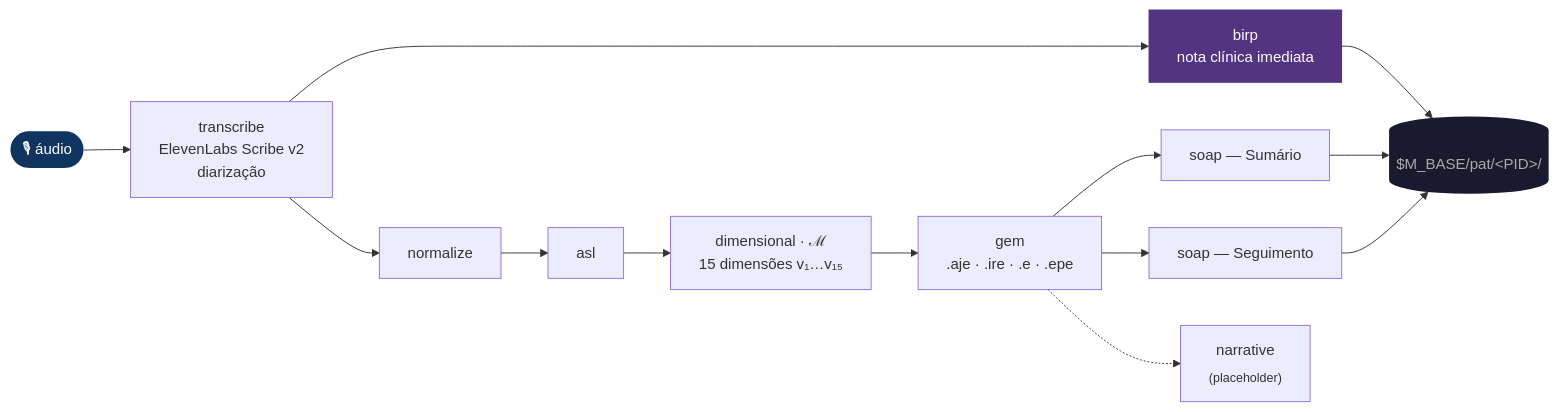
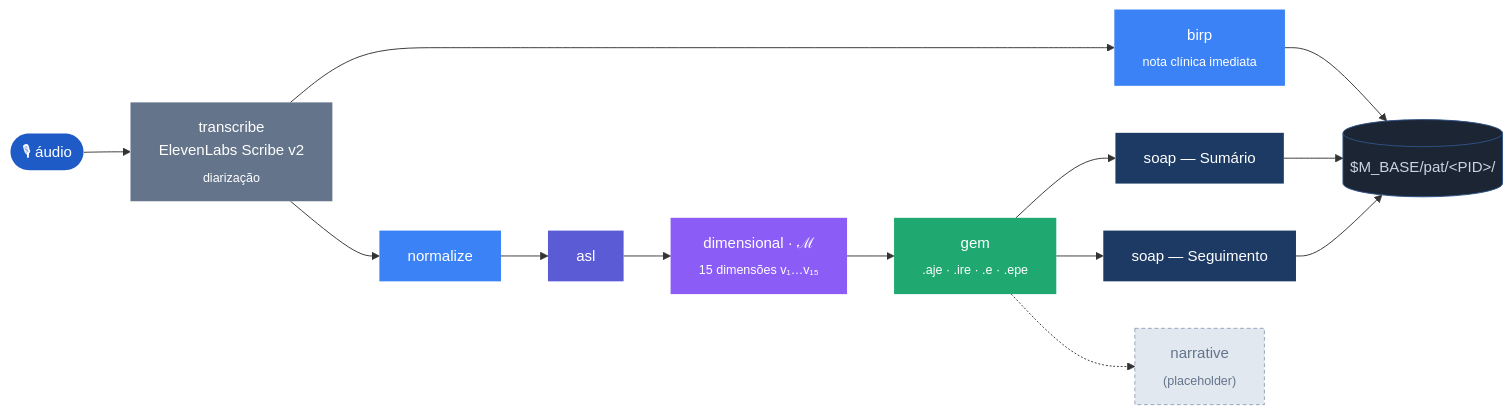
Before and after one commit to myselfgus/m: the second of 13 diagrams in README.md, drawn with Mermaid. The commit also changed other lines of this file, not shown here.

First line of the commit message:
docs(readme): re-tematiza mermaids no design system + assistente, perfil, elevação

````diff
--- a/README.md
+++ b/README.md
@@ -69,22 +78,29 @@
 ```mermaid
+%%{init: {'theme':'base','themeVariables':{'fontFamily':'-apple-system,BlinkMacSystemFont,"SF Pro Text","Helvetica Neue",Arial,sans-serif','fontSize':'14px','primaryColor':'#EEF2F7','primaryTextColor':'#1C2533','primaryBorderColor':'#94A3B8','lineColor':'#64748B'}}}%%
 flowchart LR
-    A([🎙 áudio]) --> T["transcribe<br/>ElevenLabs Scribe v2<br/>diarização"]
+    A([🎙 áudio]):::audio --> T["transcribe<br/>ElevenLabs Scribe v2<br/><sub>diarização</sub>"]:::stt
 
-    T --> B["birp<br/>nota clínica imediata"]:::imediato
+    T --> B["birp<br/><sub>nota clínica imediata</sub>"]:::proc
 
-    T --> N[normalize]
-    N --> ASL[asl]
-    ASL --> D["dimensional · ℳ<br/>15 dimensões v₁…v₁₅"]
-    D --> G["gem<br/>.aje · .ire · .e · .epe"]
-    G --> SUM["soap — Sumário"]
-    G --> SEG["soap — Seguimento"]
-    G -.-> NR["narrative<br/><sub>(placeholder)</sub>"]
+    T --> N[normalize]:::proc
+    N --> ASL[asl]:::asl
+    ASL --> D["dimensional · ℳ<br/><sub>15 dimensões v₁…v₁₅</sub>"]:::vdlp
+    D --> G["gem<br/><sub>.aje · .ire · .e · .epe</sub>"]:::gem
+    G --> SUM["soap — Sumário"]:::soap
+    G --> SEG["soap — Seguimento"]:::soap
+    G -.-> NR["narrative<br/><sub>(placeholder)</sub>"]:::ghost
 
-    B --> FS[("$M_BASE/pat/&lt;PID&gt;/")]
+    B --> FS[("$M_BASE/pat/&lt;PID&gt;/")]:::phi
     SUM --> FS
     SEG --> FS
 
-    classDef imediato fill:#533483,color:#fff,stroke:none
-    style A fill:#0f3460,color:#fff,stroke:none
-    style FS fill:#1a1a2e,color:#aaa,stroke:none
+    classDef audio fill:#1E5BC6,color:#fff,stroke:none
+    classDef stt fill:#64748B,color:#fff,stroke:none
+    classDef proc fill:#3B82F6,color:#fff,stroke:none
+    classDef asl fill:#5B5BD6,color:#fff,stroke:none
+    classDef vdlp fill:#8B5CF6,color:#fff,stroke:none
+    classDef gem fill:#1FA86F,color:#fff,stroke:none
+    classDef soap fill:#1C3A63,color:#fff,stroke:none
+    classDef phi fill:#1C2533,color:#CBD5E1,stroke:#2E5388
+    classDef ghost fill:#E2E8F0,color:#64748B,stroke:#94A3B8,stroke-dasharray:4 3
 ```
````
